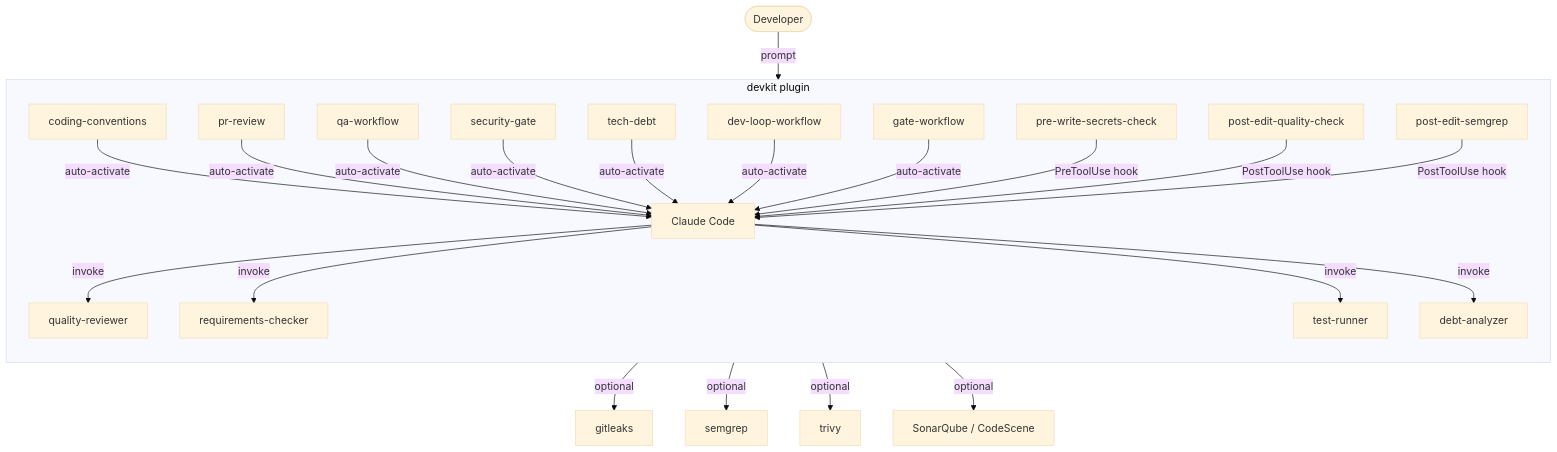
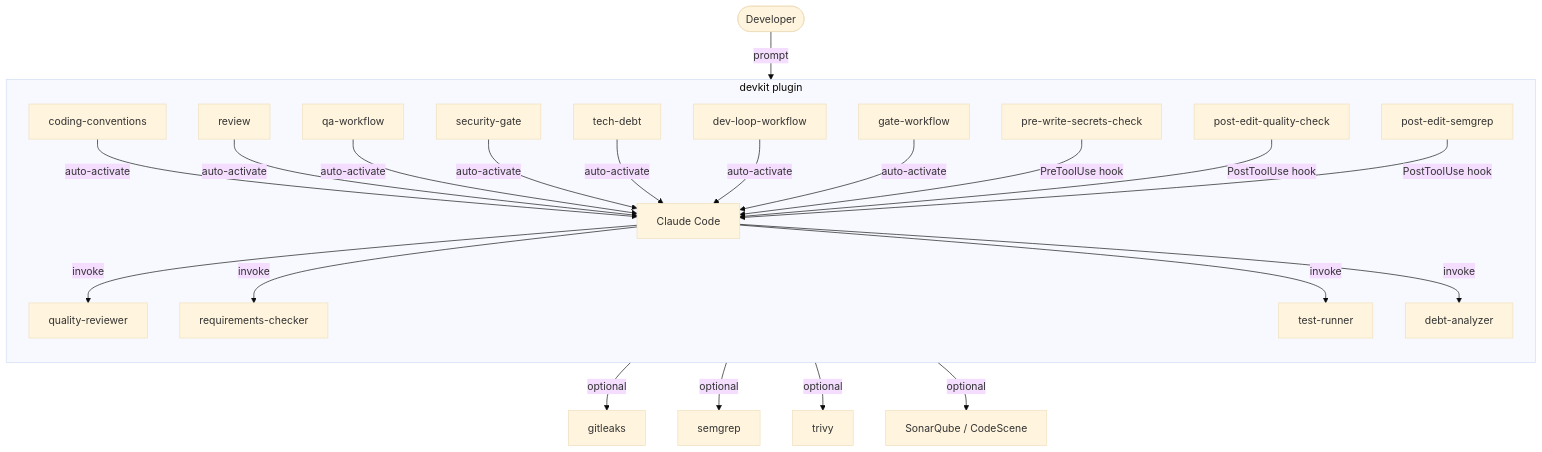
Before and after one commit to 3eer/devkit: the diagram in README.md, drawn with Mermaid (base theme). The commit also changed other lines of this file and 7 other files, not shown here.

````diff
--- a/README.md
+++ b/README.md
@@ -48,29 +48,29 @@
 ```mermaid
 flowchart TD
     User([Developer]) -->|prompt| CC[Claude Code]
 
     subgraph devkit["devkit plugin"]
         direction TB
         S1[coding-conventions] -->|auto-activate| CC
-        S2[pr-review] -->|auto-activate| CC
+        S2[review] -->|auto-activate| CC
         S3[qa-workflow] -->|auto-activate| CC
         S4[security-gate] -->|auto-activate| CC
         S5[tech-debt] -->|auto-activate| CC
         S6[dev-loop-workflow] -->|auto-activate| CC
         S7[gate-workflow] -->|auto-activate| CC
 
         H1[pre-write-secrets-check] -->|PreToolUse hook| CC
         H2[post-edit-quality-check] -->|PostToolUse hook| CC
         H3[post-edit-semgrep] -->|PostToolUse hook| CC
 
         CC -->|invoke| A1[quality-reviewer]
         CC -->|invoke| A1b[requirements-checker]
         CC -->|invoke| A2[test-runner]
         CC -->|invoke| A3[debt-analyzer]
     end
 
     A2 -->|optional| EXT1[gitleaks]
     A2 -->|optional| EXT2[semgrep]
     A2 -->|optional| EXT3[trivy]
     A3 -->|optional| EXT4[SonarQube / CodeScene]
 ```
````
